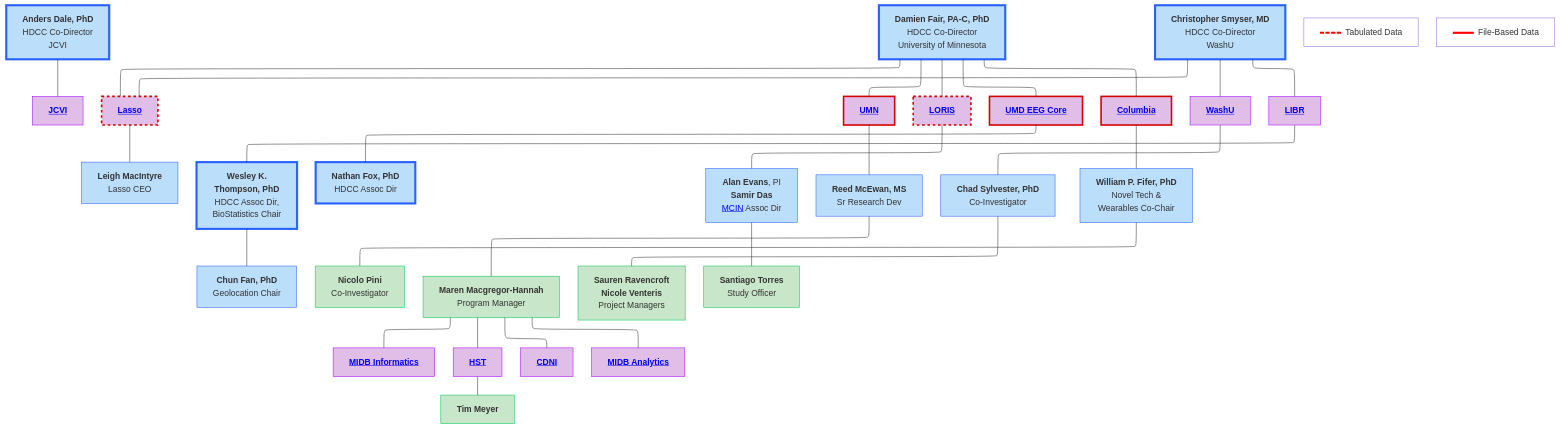
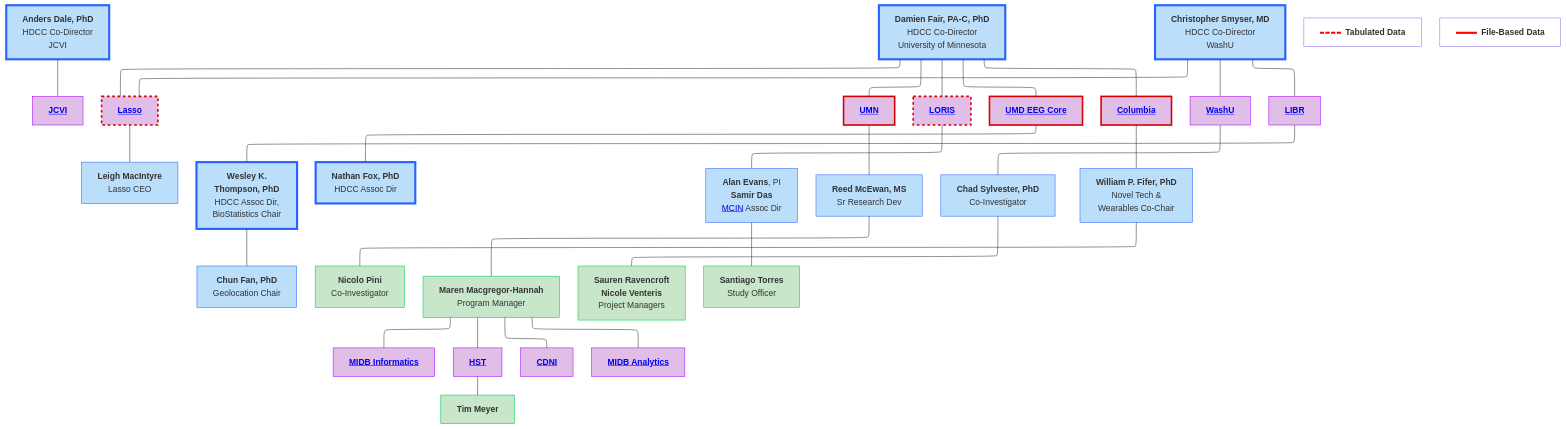
One commit to DCAN-Labs/hbcd-docs-internal changed the diagram in docs/temp.md. Above: the diagram before and after it, drawn with Mermaid.

````diff
--- a/docs/temp.md
+++ b/docs/temp.md
@@ -1,71 +1,71 @@
 ```mermaid
 ---
 config:
   layout: elk
 ---
 flowchart TB
     n2["<b>Anders Dale, PhD<br></b>HDCC Co-Director<br>JCVI"] --- jcvi["<a href="#j-craig-venter-institute" target="_top"><b>JCVI</b></a>"]
     E["<b>Damien Fair, PA-C, PhD</b><br>HDCC Co-Director<br>University of Minnesota"] --- lasso["<a href="#lasso" target="_top"><b>Lasso</b></a>"] & umn["<a href="#university-of-minnesota" target="_top"><b>UMN</b></a>"] & n7["<a href="#loris" target="_top"><b>LORIS</b></a>"] & n8["<a href="#university-of-maryland" target="_top"><b>UMD EEG Core</b></a>"] & n11["<a href="#columbia-university" target="_top"><b>Columbia</b></a>"]
     lasso --- lasso1["<b>Leigh MacIntyre</b><br>Lasso CEO"]
     n1["<b>Christopher Smyser, MD<br></b>HDCC Co-Director<br>WashU"] --- n10["<a href="#washu" target="_top"><b>WashU</b></a>"] & n12["<a href="#libr" target="_top"><b>LIBR</b></a>"] & lasso
     n16["<b>Wesley K.<br>Thompson, PhD</b><br>HDCC Assoc Dir,<br>BioStatistics Chair"] --- n17["<b>Chun Fan, PhD</b><br>Geolocation Chair"]
     n12 --- n16
     n8 --- n19["<b>Nathan Fox, PhD<br></b>HDCC Assoc Dir"]
     n7 --- n20["<b>Alan Evans</b>, PI<br><b>Samir Das</b><br><a href="https://mcin.ca/about-mcin/" target="_blank">MCIN</a> Assoc Dir"]
     umn --- reed["<b>Reed McEwan, MS</b><br>Sr Research Dev"]
     n10 --- n22["<b>Chad Sylvester, PhD</b><br>Co-Investigator"]
     n11 --- n18["<b>William P. Fifer, PhD</b><br>Novel Tech &<br>Wearables Co-Chair"]
     n18 --- n34["<b>Nicolo Pini</b><br>Co-Investigator"]
     reed --- n30["<b>Maren Macgregor-Hannah</b><br>Program Manager"]
     n30 --- n25["<a href="#midb-informatics-hub-msi" target="_top"><b>MIDB Informatics</b></a>"]
     n30 --- n27["<a href="#health-sciences-technology" target="_top"><b>HST</b></a>"]
     n30 --- n28["<a href="#center-for-developmental-neuroimaging" target="_top"><b>CDNI</b></a>"]
     n30 --- n29["<a href="#midb-analytics-hub" target="_top"><b>MIDB Analytics</b></a>"]
     n27 --- n31["<b>Tim Meyer</b>"]
     n22 --- n32["<b>Sauren Ravencroft<br>Nicole Venteris</b><br>Project Managers"]
     n20 --- n33["<b>Santiago Torres</b><br>Study Officer"]
-    n36["<span style="display: inline-block; border-top: 4px dashed red; width: 40px; vertical-align: middle; margin-right: 8px;"></span><span>Tabulated Data</span>"]
-    n37["<span style="display: inline-block; border-top: 4px solid red; width: 40px; vertical-align: middle; margin-right: 8px;"></span><span>File-Based Data</span>"]
+    n36["<span style="display: inline-block; border-top: 4px dashed red; width: 40px; vertical-align: middle; margin-right: 8px;"></span><span><b>Tabulated Data</b></span>"]
+    n37["<span style="display: inline-block; border-top: 4px solid red; width: 40px; vertical-align: middle; margin-right: 8px;"></span><span><b>File-Based Data</b></span>"]
     style n36 fill:#FFFFFF
     style n37 fill:#FFFFFF
     style n2 fill:#BBDEFB,stroke:#2962FF,stroke-width:4px
     style jcvi fill:#E1BEE7,stroke:#AA00FF
     style E fill:#BBDEFB,stroke:#2962FF,stroke-width:4px
     style lasso fill:#E1BEE7,stroke:#D50000,stroke-width:3px,stroke-dasharray: 5
     style umn fill:#E1BEE7,stroke:#D50000,stroke-width:3px,stroke-dasharray: 0
     style n7 fill:#E1BEE7,stroke:#D50000,stroke-width:3px,stroke-dasharray: 5
     style n8 fill:#E1BEE7,stroke:#D50000,stroke-width:3px,stroke-dasharray: 0
     style n11 fill:#E1BEE7,stroke:#D50000,stroke-width:3px,stroke-dasharray: 0
     style lasso1 fill:#BBDEFB,stroke:#2962FF
     style n1 fill:#BBDEFB,stroke:#2962FF,stroke-width:4px
     style n10 fill:#E1BEE7,stroke:#AA00FF
     style n12 fill:#E1BEE7,stroke:#AA00FF
     style n16 fill:#BBDEFB,stroke:#2962FF,stroke-width:4px
     style n17 fill:#BBDEFB,stroke:#2962FF
     style n19 fill:#BBDEFB,stroke:#2962FF,stroke-width:4px
     style n20 fill:#BBDEFB,stroke:#2962FF
     style reed fill:#BBDEFB,stroke:#2962FF
     style n22 fill:#BBDEFB,stroke:#2962FF
     style n18 fill:#BBDEFB,stroke:#2962FF
     style n25 fill:#E1BEE7,stroke:#AA00FF
     style n27 fill:#E1BEE7,stroke:#AA00FF
     style n28 fill:#E1BEE7,stroke:#AA00FF
     style n29 fill:#E1BEE7,stroke:#AA00FF
     style n30 fill:#C8E6C9,stroke:#00C853
     style n31 fill:#C8E6C9,stroke:#00C853
     style n32 fill:#C8E6C9,stroke:#00C853
     style n33 fill:#C8E6C9,stroke:#00C853
     style n34 fill:#C8E6C9,stroke:#00C853
     click jcvi "#j-craig-venter-institute"
     click lasso "#lasso"
     click umn "#university-of-minnesota"
     click n7 "#loris"
     click n8 "#university-of-maryland"
     click n10 "#washu"
     click n25 "#midb-informatics-hub-msi"
     click n29 "#midb-analytics-hub"
     click n27 "#health-sciences-technology"
     click n28 "#center-for-developmental-neuroimaging"
     click n12 "#libr"
     click n11 "#columbia-university"
 ```
````
